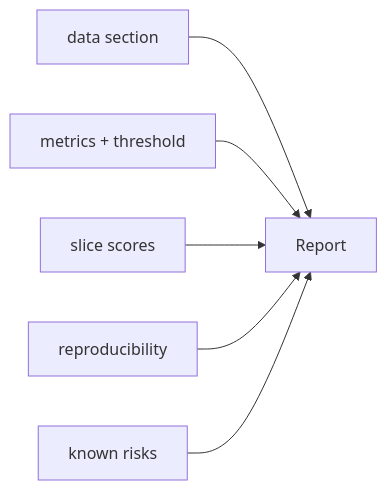
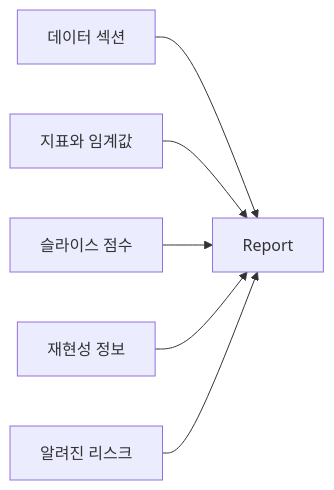
Before and after one commit to yeongseon-books/book-content: the diagram in content/model-evaluation-101/ko/10-evaluation-report.md, drawn with Mermaid. The commit also changed other lines of this file and 3 other files, not shown here.

````diff
--- a/content/model-evaluation-101/ko/10-evaluation-report.md
+++ b/content/model-evaluation-101/ko/10-evaluation-report.md
@@ -33,8 +55,8 @@
 ```mermaid
 flowchart LR
-    Data["data section"] --> Report
-    Metric["metrics + threshold"] --> Report
-    Slice["slice scores"] --> Report
-    Repro["reproducibility"] --> Report
-    Risk["known risks"] --> Report
+    Data["데이터 섹션"] --> Report
+    Metric["지표와 임계값"] --> Report
+    Slice["슬라이스 점수"] --> Report
+    Repro["재현성 정보"] --> Report
+    Risk["알려진 리스크"] --> Report
 ```
````
